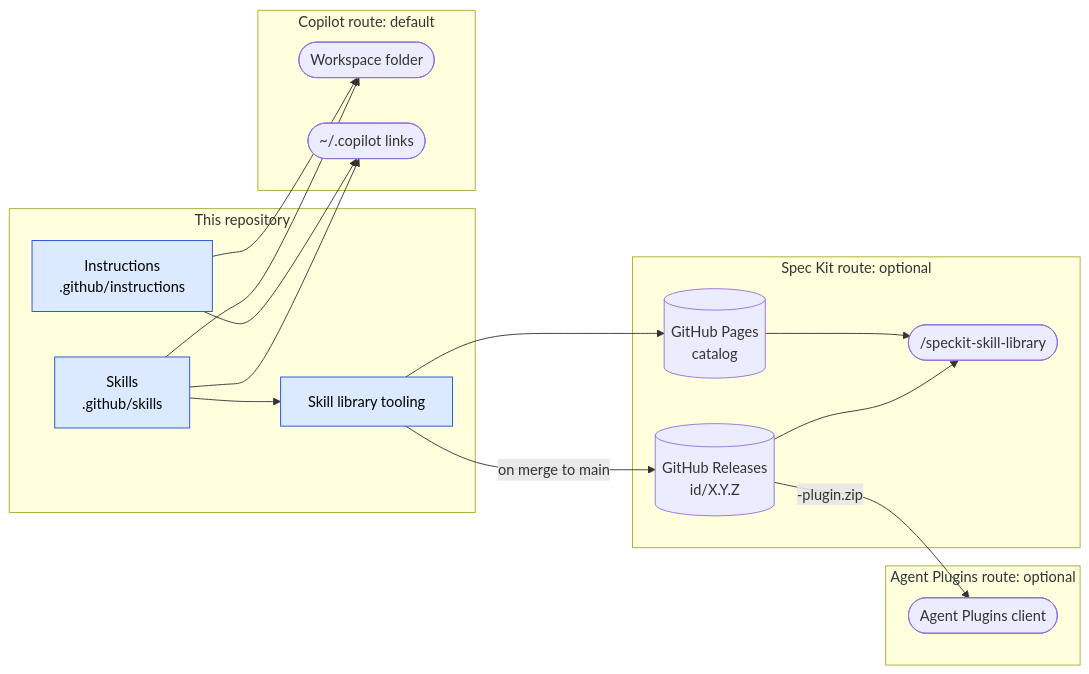
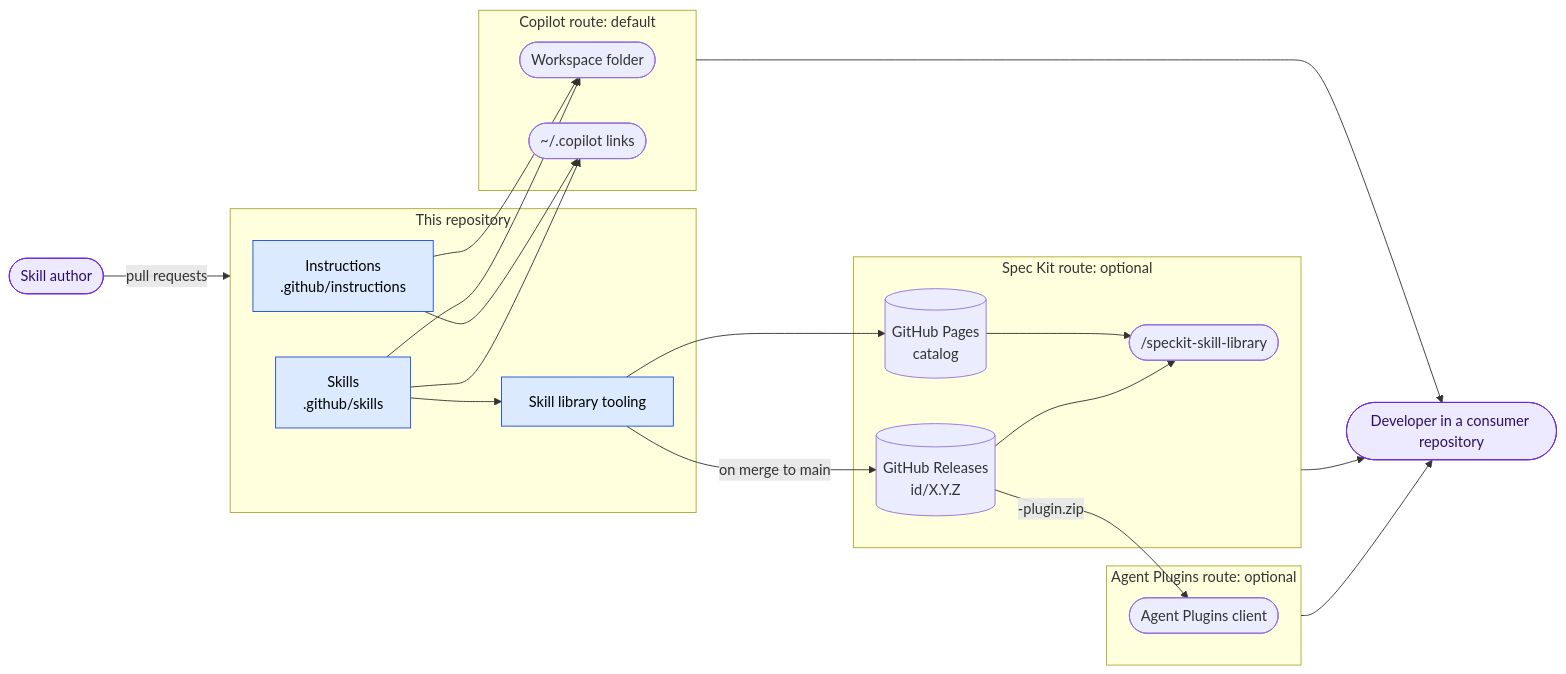
One commit to f2calv/.github changed the diagram in README.md. Above: the diagram before and after it, drawn with Mermaid. The commit also changed other lines of this file and 2 other files, not shown here.

First line of the commit message:
docs(architecture): add skill library tooling and lifecycle views

````diff
--- a/README.md
+++ b/README.md
@@ -33,37 +36,43 @@
 ```mermaid
 flowchart LR
+    author([Skill author]):::person -->|"pull requests"| repo
+
     subgraph repo [This repository]
         instr[Instructions<br/>.github/instructions]
         skills[Skills<br/>.github/skills]
         tools[Skill library tooling]
     end
 
     subgraph copilot [Copilot route: default]
         ws([Workspace folder])
         personal(["~/.copilot links"])
     end
 
     subgraph speckit [Spec Kit route: optional]
         rel[(GitHub Releases<br/>id/X.Y.Z)]
         cat[(GitHub Pages<br/>catalog)]
         cmd(["/speckit-skill-library"])
     end
 
     subgraph plugins [Agent Plugins route: optional]
         client([Agent Plugins client])
     end
 
     instr --> ws
     skills --> ws
     instr --> personal
     skills --> personal
     skills --> tools
     tools -- "on merge to main" --> rel
     tools --> cat
     cat --> cmd
     rel --> cmd
     rel -- "-plugin.zip" --> client
+    copilot --> developer([Developer in a consumer repository]):::person
+    speckit --> developer
+    plugins --> developer
 
     classDef owned fill:#dbeafe,stroke:#1d4ed8,color:#000
+    classDef person fill:#ede9fe,stroke:#6d28d9,color:#2e1065
     class instr,skills,tools owned
 ```
````
